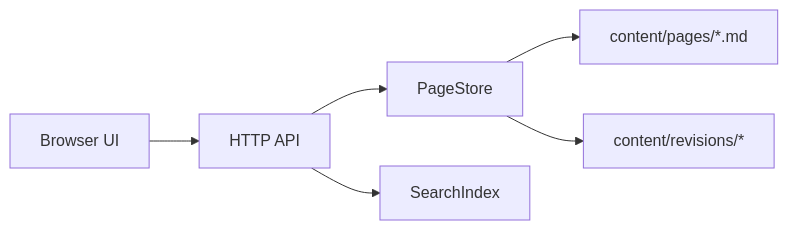
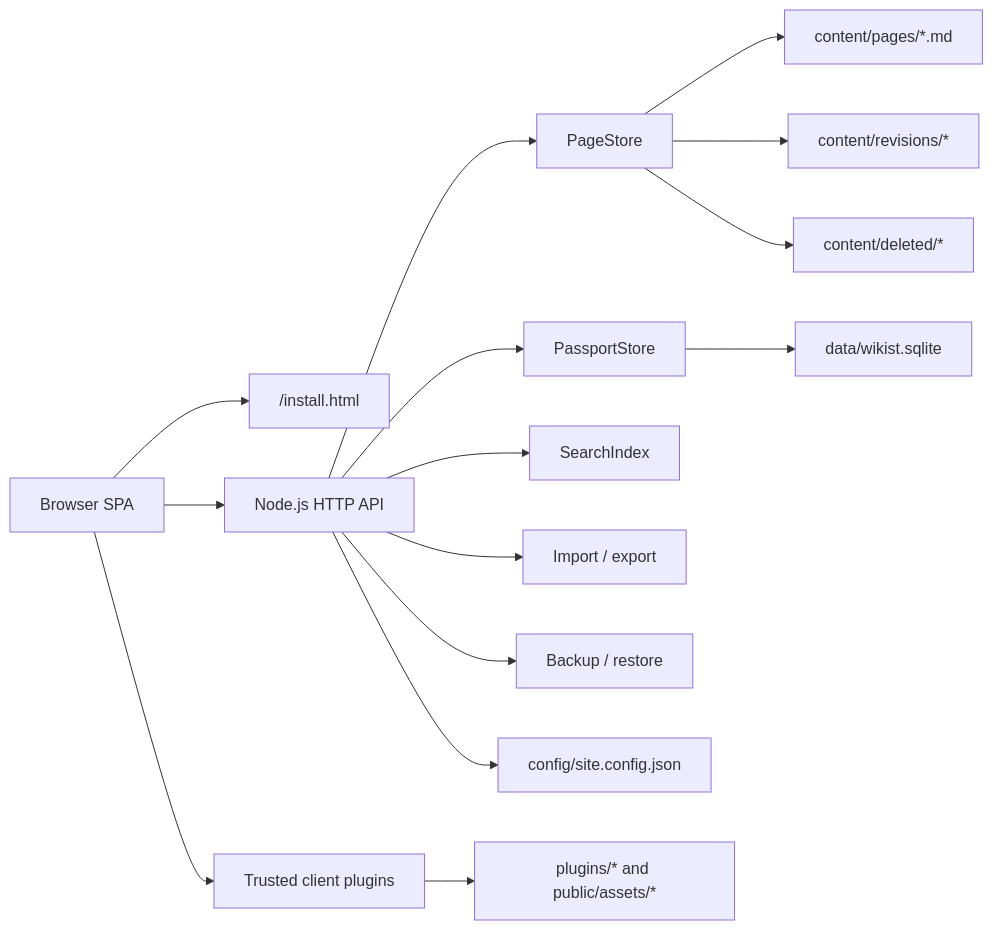
The diagram in docs/ARCHITECTURE.md (interuseration-sckur/Wikist), drawn with Mermaid before and after one commit. The commit also changed other lines of this file and 13 other files, not shown here.

````diff
--- a/docs/ARCHITECTURE.md
+++ b/docs/ARCHITECTURE.md
@@ -13,8 +18,19 @@
 ```mermaid
 flowchart LR
-  Browser["Browser UI"] --> API["HTTP API"]
-  API --> Store["PageStore"]
+  Browser["Browser SPA"] --> Installer["/install.html"]
+  Browser --> API["Node.js HTTP API"]
+  Browser --> Plugins["Trusted client plugins"]
+
+  API --> Pages["PageStore"]
+  API --> Passport["PassportStore"]
   API --> Search["SearchIndex"]
-  Store --> Pages["content/pages/*.md"]
-  Store --> Revisions["content/revisions/*"]
+  API --> Import["Import / export"]
+  API --> Backup["Backup / restore"]
+
+  Pages --> Markdown["content/pages/*.md"]
+  Pages --> Revisions["content/revisions/*"]
+  Pages --> Archives["content/deleted/*"]
+  Passport --> SQLite["data/wikist.sqlite"]
+  API --> Config["config/site.config.json"]
+  Plugins --> Static["plugins/* and public/assets/*"]
 ```
````
